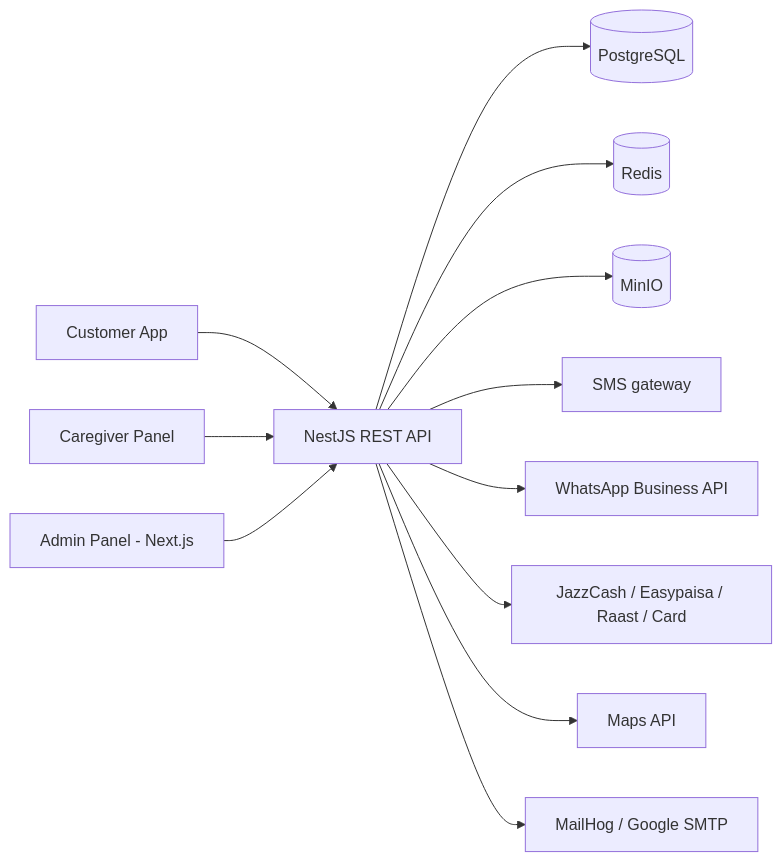
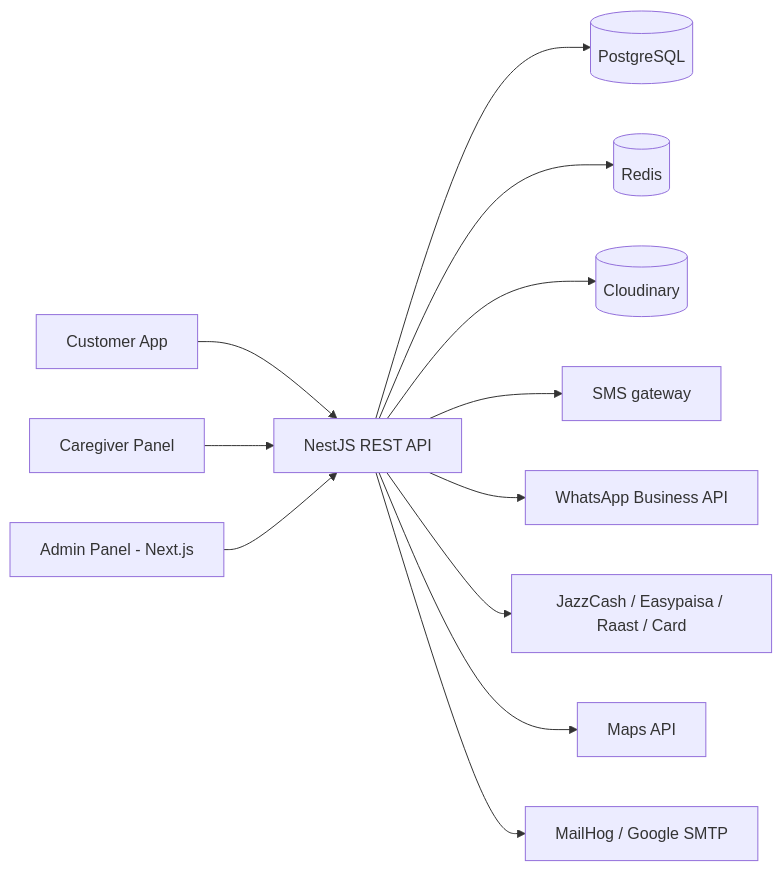
One commit to ddesignagencyco/CareSaath changed the first of 2 diagrams in docs/CARESAATH_TRD.md. Above: the diagram before and after it, drawn with Mermaid. The commit also changed other lines of this file and 12 other files, not shown here.

````diff
--- a/docs/CARESAATH_TRD.md
+++ b/docs/CARESAATH_TRD.md
@@ -48,14 +48,14 @@
 ```mermaid
 flowchart LR
     CA[Customer App] --> API
     CG[Caregiver Panel] --> API
     AD[Admin Panel - Next.js] --> API
     API[NestJS REST API] --> PG[(PostgreSQL)]
     API --> RD[(Redis)]
-    API --> MN[(MinIO)]
+    API --> MN[(Cloudinary)]
     API --> SMS[SMS gateway]
     API --> WA[WhatsApp Business API]
     API --> PAY[JazzCash / Easypaisa / Raast / Card]
     API --> MAP[Maps API]
     API --> MH[MailHog / Google SMTP]
 ```
````
